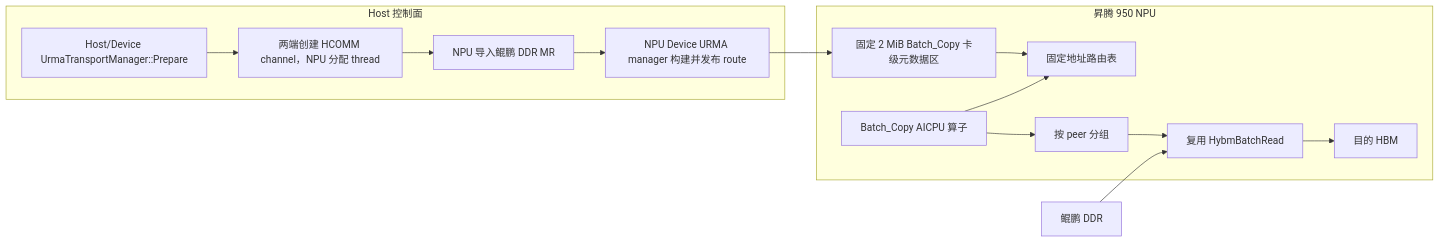
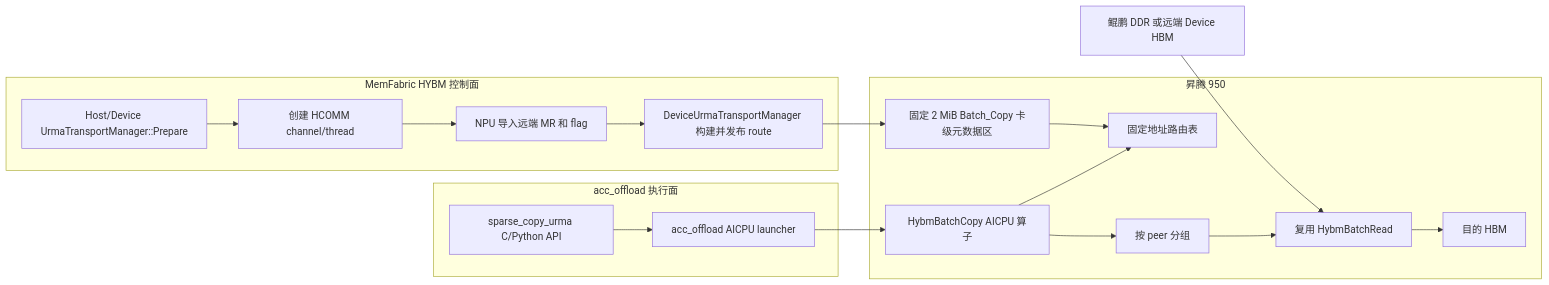
One commit to NoCoder0/memfabric_hybrid changed the first of 4 diagrams in docs/batch_copy_aicpu_urma_design.md. Above: the diagram before and after it, drawn with Mermaid. The commit also changed other lines of this file and 1 other file, not shown here.

````diff
--- a/docs/batch_copy_aicpu_urma_design.md
+++ b/docs/batch_copy_aicpu_urma_design.md
@@ -84,26 +97,32 @@
 ```mermaid
 flowchart LR
-    subgraph Host["Host 控制面"]
+    subgraph Control["MemFabric HYBM 控制面"]
         P["Host/Device UrmaTransportManager::Prepare"]
-        C["两端创建 HCOMM channel，NPU 分配 thread"]
-        I["NPU 导入鲲鹏 DDR MR"]
-        B["NPU Device URMA manager 构建并发布 route"]
+        C["创建 HCOMM channel/thread"]
+        I["NPU 导入远端 MR 和 flag"]
+        B["DeviceUrmaTransportManager 构建并发布 route"]
     end
 
-    subgraph NPU["昇腾 950 NPU"]
+    subgraph Execute["acc_offload 执行面"]
+        A["sparse_copy_urma C/Python API"]
+        L["acc_offload AICPU launcher"]
+    end
+
+    subgraph NPU["昇腾 950"]
         T["固定 2 MiB Batch_Copy 卡级元数据区"]
         R["固定地址路由表"]
-        O["Batch_Copy AICPU 算子"]
+        O["HybmBatchCopy AICPU 算子"]
         G["按 peer 分组"]
         H["复用 HybmBatchRead"]
         D["目的 HBM"]
     end
 
-    K["鲲鹏 DDR"]
+    S["鲲鹏 DDR 或远端 Device HBM"]
 
     P --> C --> I --> B --> T
+    A --> L --> O
     O --> R
     T --> R
     O --> G --> H
-    K --> H --> D
+    S --> H --> D
 ```
````
